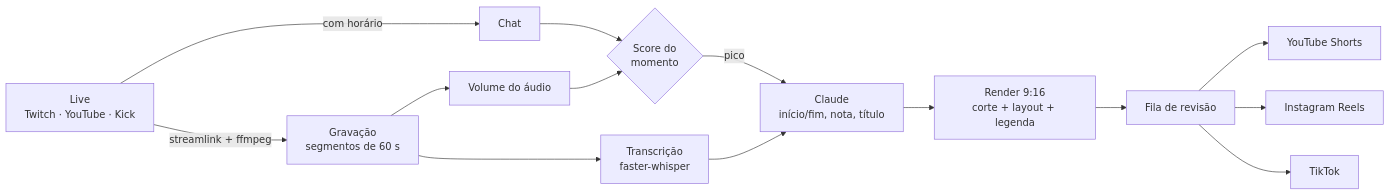
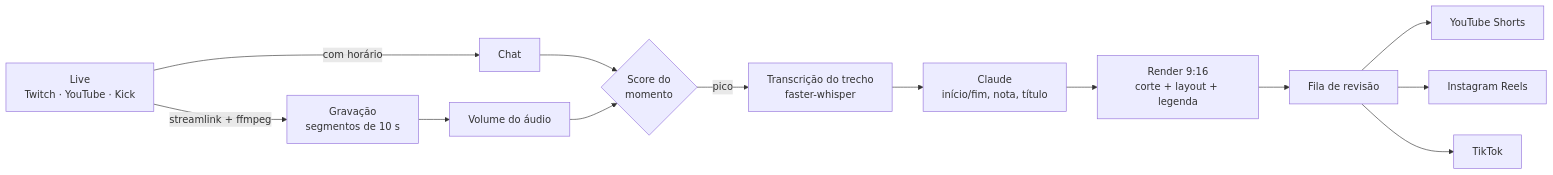
The diagram in README.md (bjornhonor/autocortes), drawn with Mermaid before and after one commit. The commit also changed other lines of this file and 21 other files, not shown here.

First line of the commit message:
Modo live: várias lives, juiz do Claude e fila de revisão

````diff
--- a/README.md
+++ b/README.md
@@ -9,16 +9,15 @@
 ```mermaid
 flowchart LR
-    L["Live<br/>Twitch · YouTube · Kick"] -->|streamlink + ffmpeg| G["Gravação<br/>segmentos de 60 s"]
+    L["Live<br/>Twitch · YouTube · Kick"] -->|streamlink + ffmpeg| G["Gravação<br/>segmentos de 10 s"]
     L -->|com horário| C["Chat"]
-    G --> T["Transcrição<br/>faster-whisper"]
     G --> A["Volume do áudio"]
     C --> S{"Score do<br/>momento"}
     A --> S
-    S -->|pico| LLM["Claude<br/>início/fim, nota, título"]
-    T --> LLM
+    S -->|pico| T["Transcrição do trecho<br/>faster-whisper"]
+    T --> LLM["Claude<br/>início/fim, nota, título"]
     LLM --> R["Render 9:16<br/>corte + layout + legenda"]
     R --> Q["Fila de revisão"]
     Q --> YT["YouTube Shorts"]
     Q --> IG["Instagram Reels"]
     Q --> TT["TikTok"]
 ```
````
